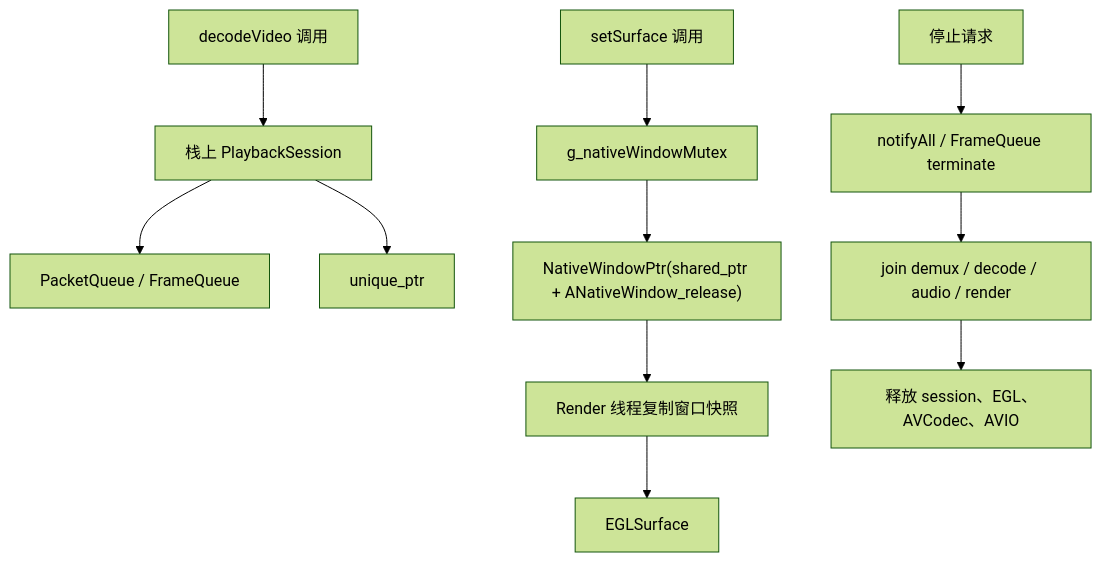
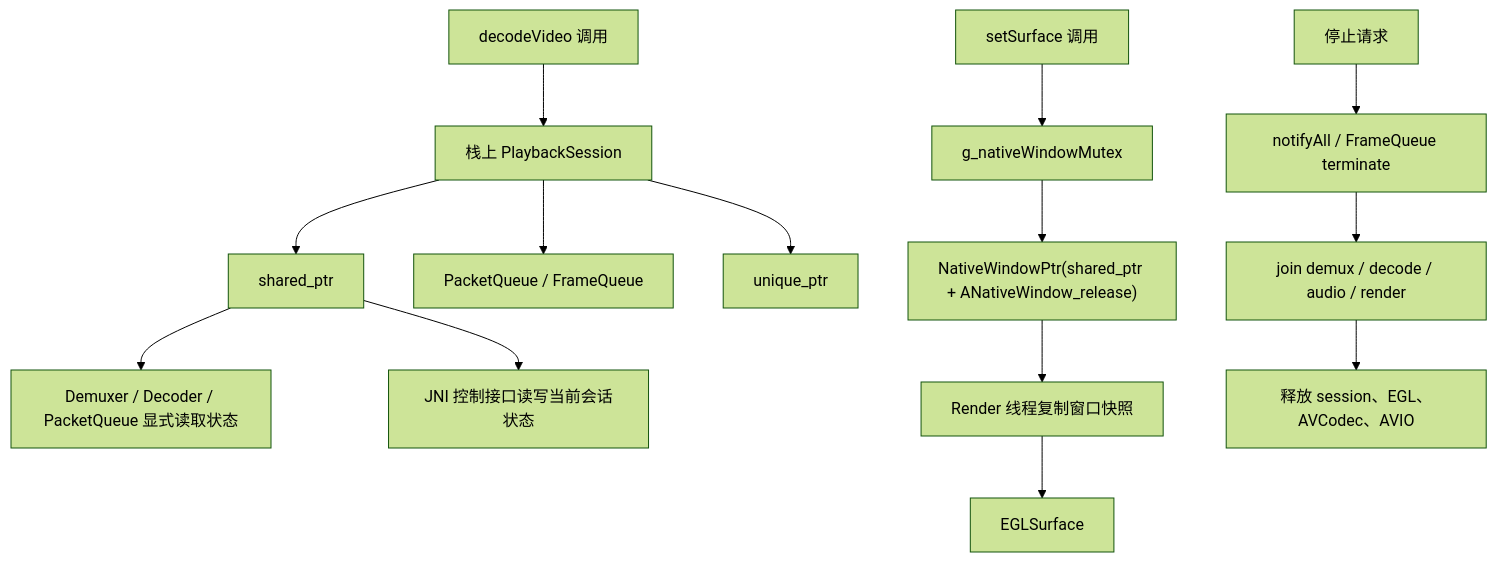
One commit to Skyline7190/VideoDecoder changed the fifth of 5 diagrams in README.md. Above: the diagram before and after it, drawn with Mermaid (forest theme). The commit also changed other lines of this file and 10 other files, not shown here.

````diff
--- a/README.md
+++ b/README.md
@@ -200,15 +202,18 @@
 ```mermaid
 flowchart TB
     DecodeCall["decodeVideo 调用"] --> LocalSession["栈上 PlaybackSession"]
+    LocalSession --> State["shared_ptr<PlaybackState>"]
     LocalSession --> Queues["PacketQueue / FrameQueue"]
     LocalSession --> AudioPtr["unique_ptr<AudioRenderer>"]
+    State --> DemuxerState["Demuxer / Decoder / PacketQueue 显式读取状态"]
+    State --> JniState["JNI 控制接口读写当前会话状态"]
 
     SurfaceCall["setSurface 调用"] --> WindowLock["g_nativeWindowMutex"]
     WindowLock --> SharedWindow["NativeWindowPtr(shared_ptr + ANativeWindow_release)"]
     SharedWindow --> RenderSnapshot["Render 线程复制窗口快照"]
     RenderSnapshot --> EGLSurface["EGLSurface"]
 
     Stop["停止请求"] --> Wake["notifyAll / FrameQueue terminate"]
     Wake --> Join["join demux / decode / audio / render"]
     Join --> Cleanup["释放 session、EGL、AVCodec、AVIO"]
 ```
````
